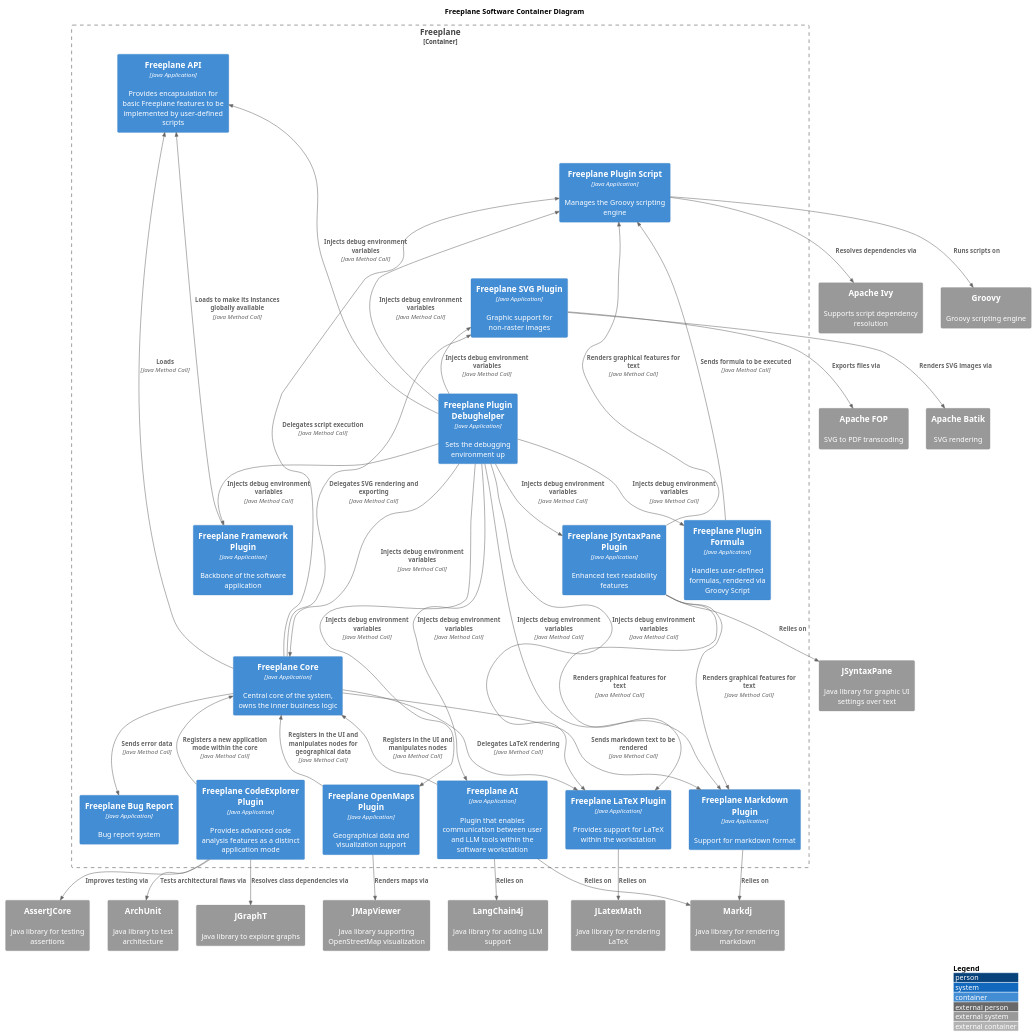
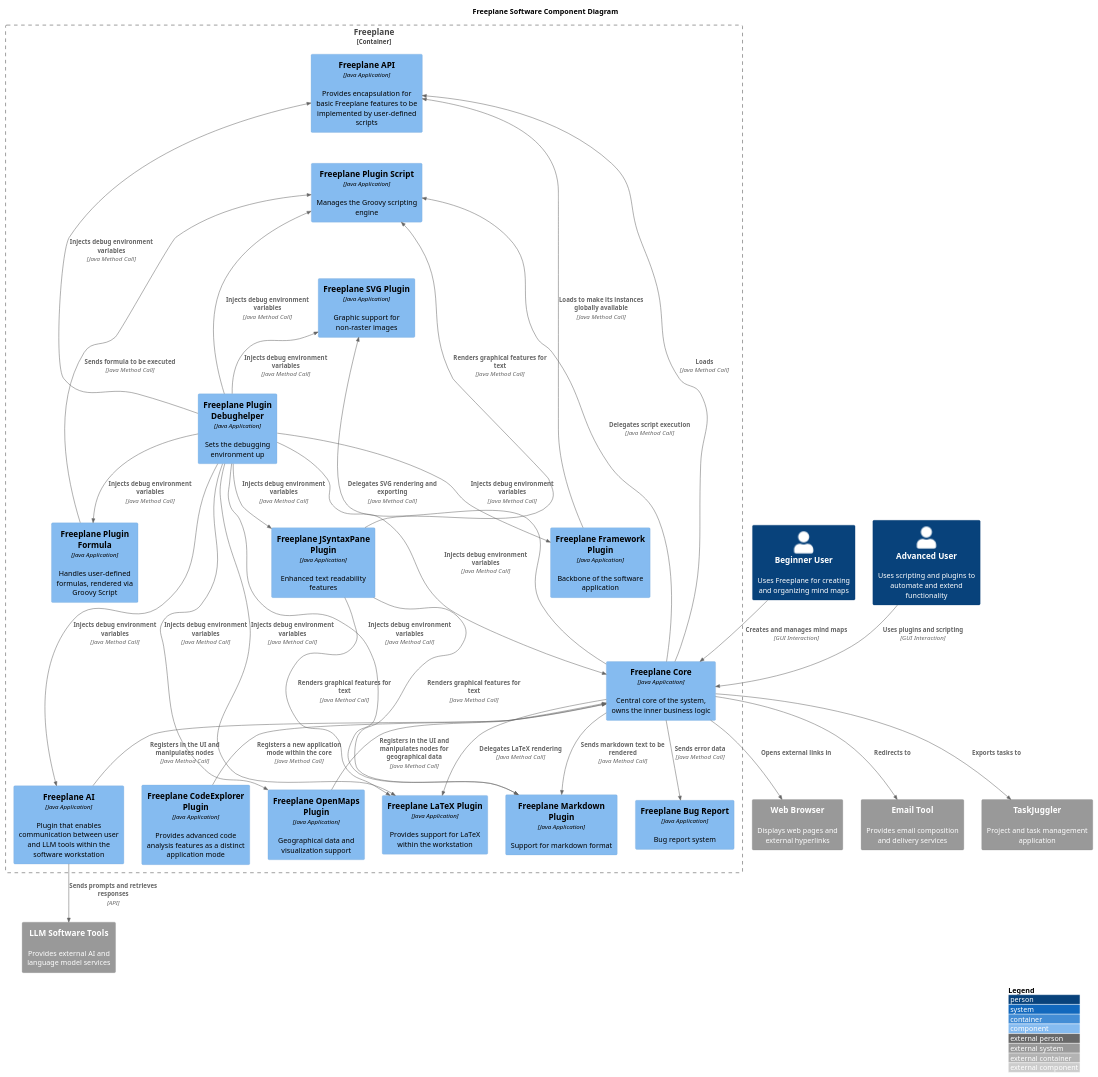
One commit to SWD-ARCH-Group-Team-22/project changed the diagram in doc/charts/puml/core-component-diagram.puml. Above: the diagram before and after it, drawn with PlantUML. The commit also changed 2 other files, not shown here.

Commit message:
feat: improved C4 notation diagrams

```diff
--- a/doc/charts/puml/core-component-diagram.puml
+++ b/doc/charts/puml/core-component-diagram.puml
@@ -1,128 +1,110 @@
-@startuml Freeplane_C4_Container_Diagram
-!include https://raw.githubusercontent.com/plantuml-stdlib/C4-PlantUML/master/C4_Container.puml
+@startuml Freeplane_C4_Component_Diagram
 
-title Freeplane Software Container Diagram
+!include https://raw.githubusercontent.com/plantuml-stdlib/C4-PlantUML/master/C4_Component.puml
+
+title Freeplane Software Component Diagram
 
 LAYOUT_TOP_DOWN()
 LAYOUT_WITH_LEGEND()
 
 skinparam wrapWidth 200
 skinparam maxMessageSize 200
 
+Person(beginner, "Beginner User", "Uses Freeplane for creating and organizing mind maps")
+Person(advanced, "Advanced User", "Uses scripting and plugins to automate and extend functionality")
+
 Container_Boundary(freeplane_app, "Freeplane") {
 
     ' === Tier 1: Framework ===
-    Container(framework,   "Freeplane Framework Plugin", "Java Application", "Backbone of the software application")
+    Component(framework, "Freeplane Framework Plugin", "Java Application", "Backbone of the software application")
 
     ' === Tier 2: Core ===
-    Container(freeplane,   "Freeplane Core",             "Java Application", "Central core of the system, owns the inner business logic")
+    Component(freeplane, "Freeplane Core", "Java Application", "Central core of the system, owns the inner business logic")
 
     ' === Tier 3: API + lateral plugins ===
-    Container(api,         "Freeplane API",              "Java Application", "Provides encapsulation for basic Freeplane features to be implemented by user-defined scripts")
-    Container(ai,          "Freeplane AI",               "Java Application", "Plugin that enables communication between user and LLM tools within the software workstation")
-    Container(openmaps,    "Freeplane OpenMaps Plugin",  "Java Application", "Geographical data and visualization support")
-    Container(bug,         "Freeplane Bug Report",       "Java Application", "Bug report system")
-    Container(codeexplorer,"Freeplane CodeExplorer Plugin","Java Application","Provides advanced code analysis features as a distinct application mode")
+    Component(api, "Freeplane API", "Java Application", "Provides encapsulation for basic Freeplane features to be implemented by user-defined scripts")
+    Component(ai, "Freeplane AI", "Java Application", "Plugin that enables communication between user and LLM tools within the software workstation")
+    Component(openmaps, "Freeplane OpenMaps Plugin", "Java Application", "Geographical data and visualization support")
+    Component(bug, "Freeplane Bug Report", "Java Application", "Bug report system")
+    Component(codeexplorer, "Freeplane CodeExplorer Plugin", "Java Application", "Provides advanced code analysis features as a distinct application mode")
 
     ' === Tier 4: Script engine ===
-    Container(script,      "Freeplane Plugin Script",   "Java Application", "Manages the Groovy scripting engine")
+    Component(script, "Freeplane Plugin Script", "Java Application", "Manages the Groovy scripting engine")
 
     ' === Tier 5: Script-dependent plugins ===
-    Container(formula,     "Freeplane Plugin Formula",  "Java Application", "Handles user-defined formulas, rendered via Groovy Script")
-    Container(markdown,    "Freeplane Markdown Plugin", "Java Application", "Support for markdown format")
-    Container(latex,       "Freeplane LaTeX Plugin",    "Java Application", "Provides support for LaTeX within the workstation")
-    Container(syntax,      "Freeplane JSyntaxPane Plugin","Java Application","Enhanced text readability features")
+    Component(formula, "Freeplane Plugin Formula", "Java Application", "Handles user-defined formulas, rendered via Groovy Script")
+    Component(markdown, "Freeplane Markdown Plugin", "Java Application", "Support for markdown format")
+    Component(latex, "Freeplane LaTeX Plugin", "Java Application", "Provides support for LaTeX within the workstation")
+    Component(syntax, "Freeplane JSyntaxPane Plugin", "Java Application", "Enhanced text readability features")
 
     ' === Tier 6: SVG ===
-    Container(svg,         "Freeplane SVG Plugin",      "Java Application", "Graphic support for non-raster images")
-
+    Component(svg, "Freeplane SVG Plugin", "Java Application", "Graphic support for non-raster images")
+    
     ' === Bottom: Debug helper ===
-    Container(debughelper, "Freeplane Plugin Debughelper","Java Application","Sets the debugging environment up")
+    Component(debughelper, "Freeplane Plugin Debughelper", "Java Application", "Sets the debugging environment up")
 }
 
-' === External systems ===
-System_Ext(markdj,      "Markdj",       "Java library for rendering markdown")
-System_Ext(jsyntaxpane, "JSyntaxPane",  "Java library for graphic UI settings over text")
-System_Ext(latexmath,   "JLatexMath",   "Java library for rendering LaTeX")
-System_Ext(llm,         "LangChain4j",  "Java library for adding LLM support")
-System_Ext(groovy,      "Groovy",       "Groovy scripting engine")
-System_Ext(ivy,         "Apache Ivy",   "Supports script dependency resolution")
-System_Ext(batik,       "Apache Batik", "SVG rendering")
-System_Ext(fop,         "Apache FOP",   "SVG to PDF transcoding")
-System_Ext(mapviewer,   "JMapViewer",   "Java library supporting OpenStreetMap visualization")
-System_Ext(archunit,    "ArchUnit",     "Java library to test architecture")
-System_Ext(jgrapht,     "JGraphT",      "Java library to explore graphs")
-System_Ext(assertjcore, "AssertJCore",  "Java library for testing assertions")
+Rel_D(beginner, freeplane, "Creates and manages mind maps", "GUI Interaction")
+Rel_D(advanced, freeplane, "Uses plugins and scripting", "GUI Interaction")
 
 ' === Vertical layout hints (top-down tiers) ===
-Lay_D(framework,   freeplane)
-Lay_D(freeplane,   api)
-Lay_D(api,         script)
-Lay_D(script,      svg)
-Lay_D(svg,         debughelper)
+Lay_D(framework, freeplane)
+Lay_D(freeplane, api)
+Lay_D(api, script)
+Lay_D(script, svg)
+Lay_D(svg, debughelper)
 
 ' === Horizontal layout hints ===
-Lay_R(api,    ai)
-Lay_R(api,    codeexplorer)
-Lay_R(api,    openmaps)
-Lay_R(api,    bug)
+Lay_R(api, ai)
+Lay_R(api, codeexplorer)
+Lay_R(api, openmaps)
+Lay_R(api, bug)
 Lay_R(script, formula)
 Lay_R(script, markdown)
 Lay_R(script, latex)
 Lay_R(script, syntax)
 
-' === Framework → API ===
-Rel_D(framework, api,       "Loads to make its instances globally available", "Java Method Call")
+Rel_D(framework, api, "Loads to make its instances globally available", "Java Method Call")
 
-' === Core → API ===
-Rel_D(freeplane, api,       "Loads", "Java Method Call")
+Rel_D(freeplane, api, "Loads", "Java Method Call")
 
-' === Core → Plugins ===
-Rel_D(freeplane, script,    "Delegates script execution",                       "Java Method Call")
-Rel_D(freeplane, markdown,  "Sends markdown text to be rendered",               "Java Method Call")
-Rel_D(freeplane, latex,     "Delegates LaTeX rendering",                        "Java Method Call")
-Rel_D(freeplane, svg,       "Delegates SVG rendering and exporting",            "Java Method Call")
-Rel_D(freeplane, bug,       "Sends error data",                                 "Java Method Call")
+Rel_D(freeplane, script, "Delegates script execution", "Java Method Call")
+Rel_D(freeplane, markdown, "Sends markdown text to be rendered", "Java Method Call")
+Rel_D(freeplane, latex, "Delegates LaTeX rendering", "Java Method Call")
+Rel_D(freeplane, svg, "Delegates SVG rendering and exporting", "Java Method Call")
+Rel_D(freeplane, bug, "Sends error data", "Java Method Call")
 
-' === Plugins → Core (UI registration) ===
-Rel_U(ai,          freeplane, "Registers in the UI and manipulates nodes",                           "Java Method Call")
-Rel_U(openmaps,    freeplane, "Registers in the UI and manipulates nodes for geographical data",     "Java Method Call")
-Rel_U(codeexplorer,freeplane, "Registers a new application mode within the core",                   "Java Method Call")
+Rel_U(ai, freeplane, "Registers in the UI and manipulates nodes", "Java Method Call")
+Rel_U(openmaps, freeplane, "Registers in the UI and manipulates nodes for geographical data", "Java Method Call")
+Rel_U(codeexplorer, freeplane, "Registers a new application mode within the core", "Java Method Call")
 
-' === Scripting ===
-Rel_D(formula, script,   "Sends formula to be executed",         "Java Method Call")
+Rel_D(formula, script, "Sends formula to be executed", "Java Method Call")
 
-' === Syntax → rendering ===
-Rel(syntax, script,   "Renders graphical features for text", "Java Method Call")
+Rel(syntax, script, "Renders graphical features for text", "Java Method Call")
 Rel(syntax, markdown, "Renders graphical features for text", "Java Method Call")
-Rel(syntax, latex,    "Renders graphical features for text", "Java Method Call")
+Rel(syntax, latex, "Renders graphical features for text", "Java Method Call")
 
-' === External dependencies ===
-Rel_D(markdown,    markdj,      "Relies on")
-Rel_D(ai,          markdj,      "Relies on")
-Rel_D(ai,          llm,         "Relies on")
-Rel_D(syntax,      jsyntaxpane, "Relies on")
-Rel_D(latex,       latexmath,   "Relies on")
-Rel_D(script,      groovy,      "Runs scripts on")
-Rel_D(script,      ivy,         "Resolves dependencies via")
-Rel_D(svg,         batik,       "Renders SVG images via")
-Rel_D(svg,         fop,         "Exports files via")
-Rel_D(openmaps,    mapviewer,   "Renders maps via")
-Rel_D(codeexplorer,archunit,    "Tests architectural flaws via")
-Rel_D(codeexplorer,jgrapht,     "Resolves class dependencies via")
-Rel_D(codeexplorer,assertjcore, "Improves testing via")
+System_Ext(browser, "Web Browser", "Displays web pages and external hyperlinks")
+System_Ext(llm, "LLM Software Tools", "Provides external AI and language model services")
+System_Ext(smtp, "Email Tool", "Provides email composition and delivery services")
+System_Ext(taskjuggler, "TaskJuggler", "Project and task management application")
 
-' === Debug Helper → all components ===
-Rel(debughelper, framework,  "Injects debug environment variables", "Java Method Call")
-Rel(debughelper, freeplane,  "Injects debug environment variables", "Java Method Call")
-Rel(debughelper, api,        "Injects debug environment variables", "Java Method Call")
-Rel(debughelper, ai,         "Injects debug environment variables", "Java Method Call")
-Rel(debughelper, script,     "Injects debug environment variables", "Java Method Call")
-Rel(debughelper, formula,    "Injects debug environment variables", "Java Method Call")
-Rel(debughelper, syntax,     "Injects debug environment variables", "Java Method Call")
-Rel(debughelper, markdown,   "Injects debug environment variables", "Java Method Call")
-Rel(debughelper, svg,        "Injects debug environment variables", "Java Method Call")
-Rel(debughelper, latex,      "Injects debug environment variables", "Java Method Call")
-Rel(debughelper, openmaps,   "Injects debug environment variables", "Java Method Call")
+Rel_D(freeplane, smtp, "Redirects to")
+
+Rel_D(ai, llm, "Sends prompts and retrieves responses", "API")
+Rel_D(freeplane, browser, "Opens external links in")
+Rel_D(freeplane, taskjuggler, "Exports tasks to")
+
+Rel(debughelper, framework, "Injects debug environment variables", "Java Method Call")
+Rel(debughelper, freeplane, "Injects debug environment variables", "Java Method Call")
+Rel(debughelper, api, "Injects debug environment variables", "Java Method Call")
+Rel(debughelper, ai, "Injects debug environment variables", "Java Method Call")
+Rel(debughelper, script, "Injects debug environment variables", "Java Method Call")
+Rel(debughelper, formula, "Injects debug environment variables", "Java Method Call")
+Rel(debughelper, syntax, "Injects debug environment variables", "Java Method Call")
+Rel(debughelper, markdown, "Injects debug environment variables", "Java Method Call")
+Rel(debughelper, svg, "Injects debug environment variables", "Java Method Call")
+Rel(debughelper, latex, "Injects debug environment variables", "Java Method Call")
+Rel(debughelper, openmaps, "Injects debug environment variables", "Java Method Call")
 
 @enduml
```
